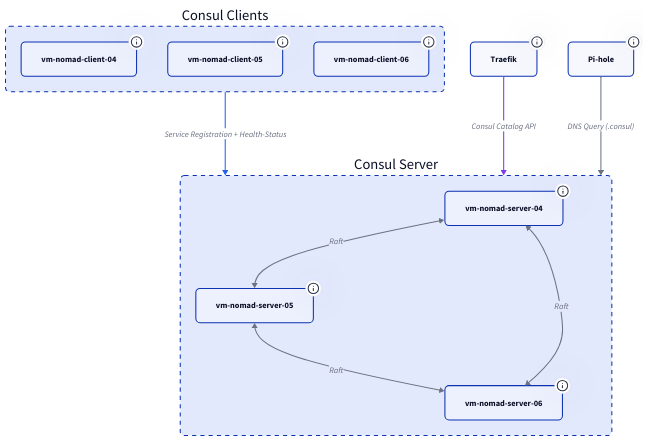
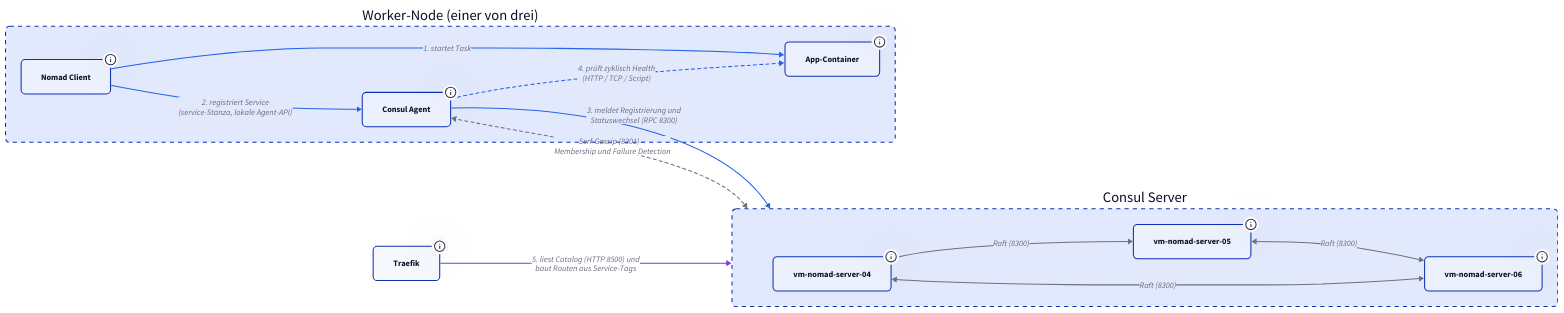
The first of 2 diagrams in docs/plattform/consul/index.md (derever-labs/homelab-wiki), drawn with D2 before and after one commit. The commit also changed other lines of this file, not shown here.

First line of the commit message:
docs(consul): Registration- und Query-Pfad als Mechanik-Diagramme (#128)

````diff
--- a/docs/plattform/consul/index.md
+++ b/docs/plattform/consul/index.md
@@ -32,76 +40,63 @@
 ```d2
 classes: {
   node: { style: { border-radius: 8 } }
   container: { style: { border-radius: 8; stroke-dash: 4 } }
+  reg: { style: { stroke: "#2563eb" } }
+  reg-async: { style: { stroke: "#2563eb"; stroke-dash: 3 } }
+  catalog: { style: { stroke: "#7c3aed" } }
+  intern: { style: { stroke: "#6b7280" } }
+  intern-async: { style: { stroke: "#6b7280"; stroke-dash: 3 } }
+}
+
+direction: right
+
+worker: Worker-Node (einer von drei) {
+  class: container
+
+  NC: Nomad Client {
+    class: node
+    tooltip: "vm-nomad-client-04/05/06 -- startet Tasks gemäss Job-Spezifikation"
+  }
+  APP: App-Container {
+    class: node
+    tooltip: "Beliebiger Nomad-Task mit service-Stanza"
+  }
+  CA: Consul Agent {
+    class: node
+    tooltip: "Lokaler Consul-Client -- registriert Services und führt Health Checks aus"
+  }
 }
 
 srv: Consul Server {
   class: container
 
   CS1: vm-nomad-server-04 {
     class: node
-    tooltip: "10.0.2.104 | Port 8500 (API) / 8600 (DNS) / 8301 (Gossip)"
+    tooltip: "10.0.2.104 | Port 8500 (API) / 8600 (DNS)"
   }
   CS2: vm-nomad-server-05 {
     class: node
-    tooltip: "10.0.2.105 | Port 8500 (API) / 8600 (DNS) / 8301 (Gossip)"
+    tooltip: "10.0.2.105 | Port 8500 (API) / 8600 (DNS)"
   }
   CS3: vm-nomad-server-06 {
     class: node
-    tooltip: "10.0.2.106 | Port 8500 (API) / 8600 (DNS) / 8301 (Gossip)"
+    tooltip: "10.0.2.106 | Port 8500 (API) / 8600 (DNS)"
   }
 
-  CS1 <-> CS2: Raft {
-    style.stroke: "#6b7280"
-    tooltip: "Port 8300 | Leader Election und Log-Replikation"
-  }
-  CS2 <-> CS3: Raft {
-    style.stroke: "#6b7280"
-    tooltip: "Port 8300 | Leader Election und Log-Replikation"
-  }
-  CS3 <-> CS1: Raft {
-    style.stroke: "#6b7280"
-    tooltip: "Port 8300 | Leader Election und Log-Replikation"
-  }
-}
-
-cli: Consul Clients {
-  class: container
-
-  CC1: vm-nomad-client-04 {
-    class: node
-    tooltip: "10.0.2.124 | Consul Agent, meldet lokale Services"
-  }
-  CC2: vm-nomad-client-05 {
-    class: node
-    tooltip: "10.0.2.125 | Consul Agent, meldet lokale Services"
-  }
-  CC3: vm-nomad-client-06 {
-    class: node
-    tooltip: "10.0.2.126 | Consul Agent, meldet lokale Services"
-  }
+  CS1 <-> CS2: Raft (8300) { class: intern }
+  CS2 <-> CS3: Raft (8300) { class: intern }
+  CS3 <-> CS1: Raft (8300) { class: intern }
 }
 
 TRF: Traefik {
   class: node
-  tooltip: "VIP 10.0.2.20 | Consul Catalog Provider für automatisches Routing"
+  tooltip: "VIP 10.0.2.20 | Consul Catalog Provider"
 }
 
-DNS: Pi-hole {
-  class: node
-  tooltip: "10.0.2.1 / 10.0.2.2 | Leitet .consul-Anfragen an Consul DNS weiter"
-}
-
-cli -> srv: Service Registration + Health-Status {
-  style.stroke: "#2563eb"
-  tooltip: "Agents registrieren lokale Container-Services, führen Health Checks aus und melden die Ergebnisse"
-}
-TRF -> srv: Consul Catalog API {
-  style.stroke: "#7c3aed"
-  tooltip: "HTTP :8500 | Traefik liest Service-Katalog für Backend-Discovery"
-}
-DNS -> srv: DNS Query (.consul) {
-  style.stroke: "#6b7280"
-  tooltip: "Port 8600 | Pi-hole leitet .consul-Anfragen an alle drei Server"
-}
+worker.NC -> worker.APP: "1. startet Task" { class: reg }
+worker.NC -> worker.CA: "2. registriert Service\n(service-Stanza, lokale Agent-API)" { class: reg }
+worker.CA -> srv: "3. meldet Registrierung und\nStatuswechsel (RPC 8300)" { class: reg }
+worker.CA -> worker.APP: "4. prüft zyklisch Health\n(HTTP / TCP / Script)" { class: reg-async }
+worker.CA <-> srv: "Serf-Gossip (8301) --\nMembership und Failure Detection" { class: intern-async }
+TRF -> srv: "5. liest Catalog (HTTP 8500) und\nbaut Routen aus Service-Tags" { class: catalog }
 ```
````
